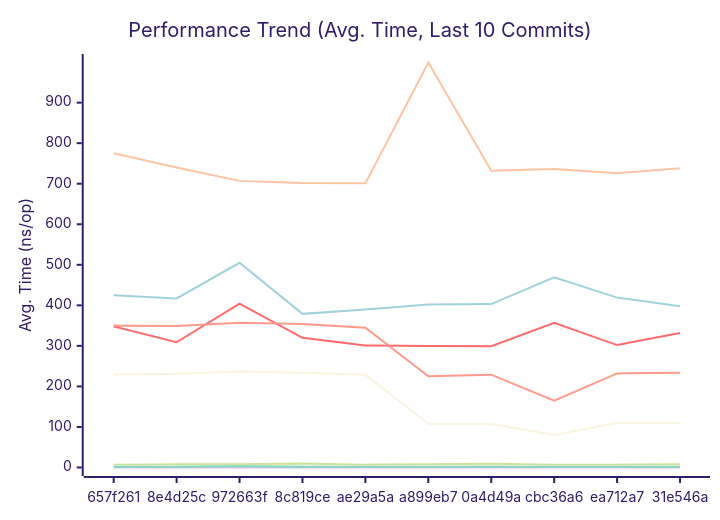
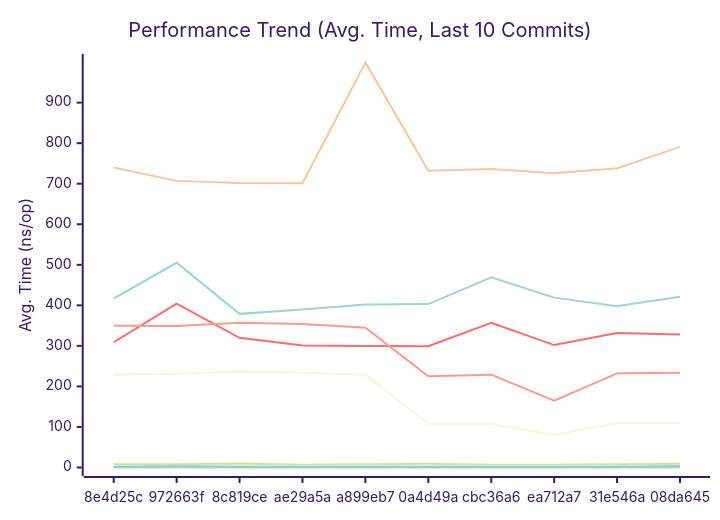
Before and after one commit to alsotoes/momo: the first of 3 diagrams in docs/PERFORMANCE.md, drawn with Mermaid (forest theme). The commit also changed other lines of this file and 11 other files, not shown here.

````diff
--- a/docs/PERFORMANCE.md
+++ b/docs/PERFORMANCE.md
@@ -80,16 +81,16 @@
 ```mermaid
 xychart-beta
     title "Performance Trend (Avg. Time, Last 10 Commits)"
     x-axis "Commit"
     y-axis "Avg. Time (ns/op)"
-    x-axis [657f261,8e4d25c,972663f,8c819ce,ae29a5a,a899eb7,0a4d49a,cbc36a6,ea712a7,31e546a]
-    line "CheckMetricsAndSwap" [7,8,8,10,7,8,9,7,7,8]
-    line "CrushOptimized" [348,309,404,320,301,300,299,357,302,332]
-    line "CrushOriginal" [425,417,505,379,390,402,403,469,419,398]
+    x-axis [8e4d25c,972663f,8c819ce,ae29a5a,a899eb7,0a4d49a,cbc36a6,ea712a7,31e546a,08da645]
+    line "CheckMetricsAndSwap" [8,8,10,7,8,9,7,7,8,9]
+    line "CrushOptimized" [309,404,320,301,300,299,357,302,332,328]
+    line "CrushOriginal" [417,505,379,390,402,403,469,419,398,421]
     line "IndexDirectTracking" [0,0,0,0,0,0,0,0,0,0]
     line "IndexSearch" [3,3,3,3,3,3,3,3,3,3]
-    line "LoadGlobalConfig" [775,740,707,702,701,999,732,736,726,738]
-    line "PadString" [2,2,3,2,2,2,2,2,2,2]
+    line "LoadGlobalConfig" [740,707,702,701,999,732,736,726,738,791]
+    line "PadString" [2,3,2,2,2,2,2,2,2,3]
     line "ParseReplicationOrder_NoPrealloc" [350,349,357,354,345,225,229,165,232,234]
     line "ParseReplicationOrder_Prealloc" [229,231,237,234,229,108,107,80,110,109]
 ```
````
